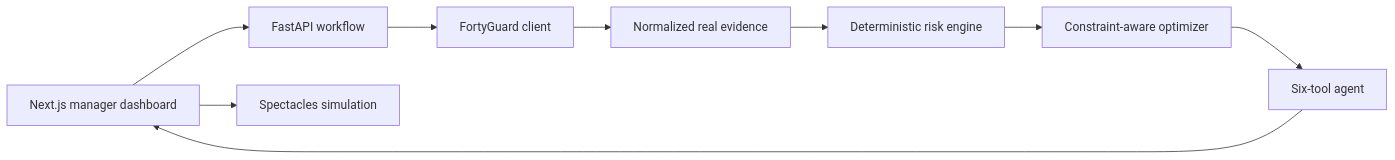
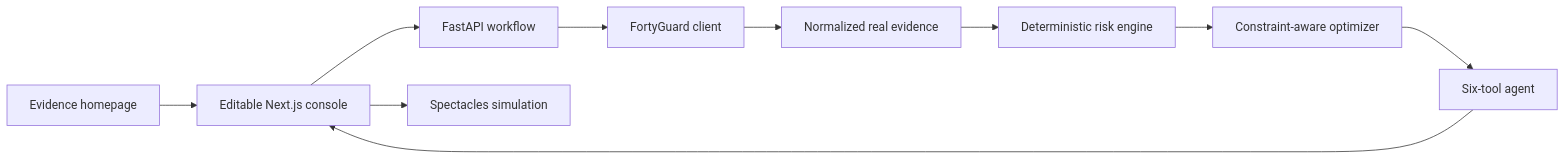
The diagram in README.md (SilentKnight742/heatshift-ai), drawn with Mermaid before and after one commit. The commit also changed other lines of this file and 23 other files, not shown here.

Commit message:
feat: launch evidence homepage and scenario console

````diff
--- a/README.md
+++ b/README.md
@@ -76,11 +87,12 @@
 ```mermaid
 flowchart LR
-    UI[Next.js manager dashboard] --> API[FastAPI workflow]
+    H[Evidence homepage] --> UI[Editable Next.js console]
+    UI --> API[FastAPI workflow]
     API --> FG[FortyGuard client]
     FG --> R[Normalized real evidence]
     R --> E[Deterministic risk engine]
     E --> O[Constraint-aware optimizer]
     O --> A[Six-tool agent]
     A --> UI
     UI --> HUD[Spectacles simulation]
 ```
````
